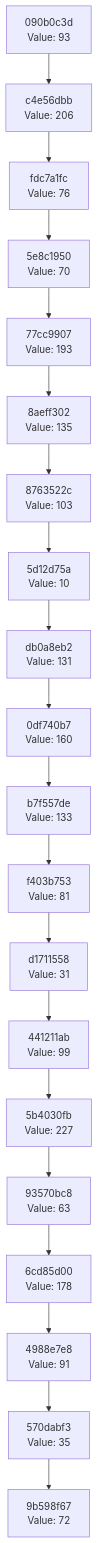
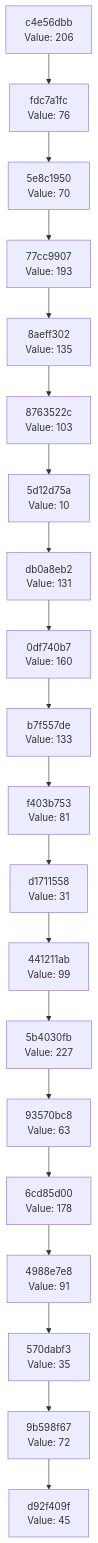
Before and after one commit to Abhisheksinha1506/hash-chain-evolver: the diagram in docs/CHAIN_VISUALIZATION.md, drawn with Mermaid. The commit also changed 2 other files, not shown here.

Commit message:
Evolution Step

````diff
--- a/docs/CHAIN_VISUALIZATION.md
+++ b/docs/CHAIN_VISUALIZATION.md
@@ -3,42 +3,42 @@
 ```mermaid
 graph TD
-    C0["9b598f67<br/>Value: 72"]
-    C1["570dabf3<br/>Value: 35"]
+    C0["d92f409f<br/>Value: 45"]
+    C1["9b598f67<br/>Value: 72"]
     C1 --> C0
-    C2["4988e7e8<br/>Value: 91"]
+    C2["570dabf3<br/>Value: 35"]
     C2 --> C1
-    C3["6cd85d00<br/>Value: 178"]
+    C3["4988e7e8<br/>Value: 91"]
     C3 --> C2
-    C4["93570bc8<br/>Value: 63"]
+    C4["6cd85d00<br/>Value: 178"]
     C4 --> C3
-    C5["5b4030fb<br/>Value: 227"]
+    C5["93570bc8<br/>Value: 63"]
     C5 --> C4
-    C6["441211ab<br/>Value: 99"]
+    C6["5b4030fb<br/>Value: 227"]
     C6 --> C5
-    C7["d1711558<br/>Value: 31"]
+    C7["441211ab<br/>Value: 99"]
     C7 --> C6
-    C8["f403b753<br/>Value: 81"]
+    C8["d1711558<br/>Value: 31"]
     C8 --> C7
-    C9["b7f557de<br/>Value: 133"]
+    C9["f403b753<br/>Value: 81"]
     C9 --> C8
-    C10["0df740b7<br/>Value: 160"]
+    C10["b7f557de<br/>Value: 133"]
     C10 --> C9
-    C11["db0a8eb2<br/>Value: 131"]
+    C11["0df740b7<br/>Value: 160"]
     C11 --> C10
-    C12["5d12d75a<br/>Value: 10"]
+    C12["db0a8eb2<br/>Value: 131"]
     C12 --> C11
-    C13["8763522c<br/>Value: 103"]
+    C13["5d12d75a<br/>Value: 10"]
     C13 --> C12
-    C14["8aeff302<br/>Value: 135"]
+    C14["8763522c<br/>Value: 103"]
     C14 --> C13
-    C15["77cc9907<br/>Value: 193"]
+    C15["8aeff302<br/>Value: 135"]
     C15 --> C14
-    C16["5e8c1950<br/>Value: 70"]
+    C16["77cc9907<br/>Value: 193"]
     C16 --> C15
-    C17["fdc7a1fc<br/>Value: 76"]
+    C17["5e8c1950<br/>Value: 70"]
     C17 --> C16
-    C18["c4e56dbb<br/>Value: 206"]
+    C18["fdc7a1fc<br/>Value: 76"]
     C18 --> C17
-    C19["090b0c3d<br/>Value: 93"]
+    C19["c4e56dbb<br/>Value: 206"]
     C19 --> C18
 ```
````
